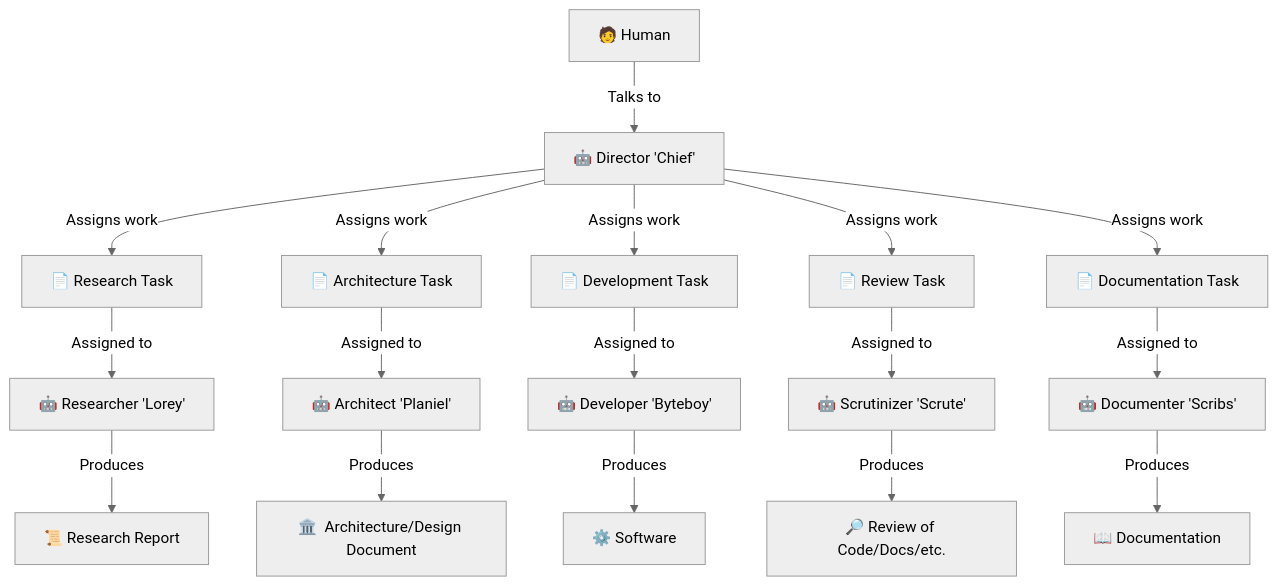
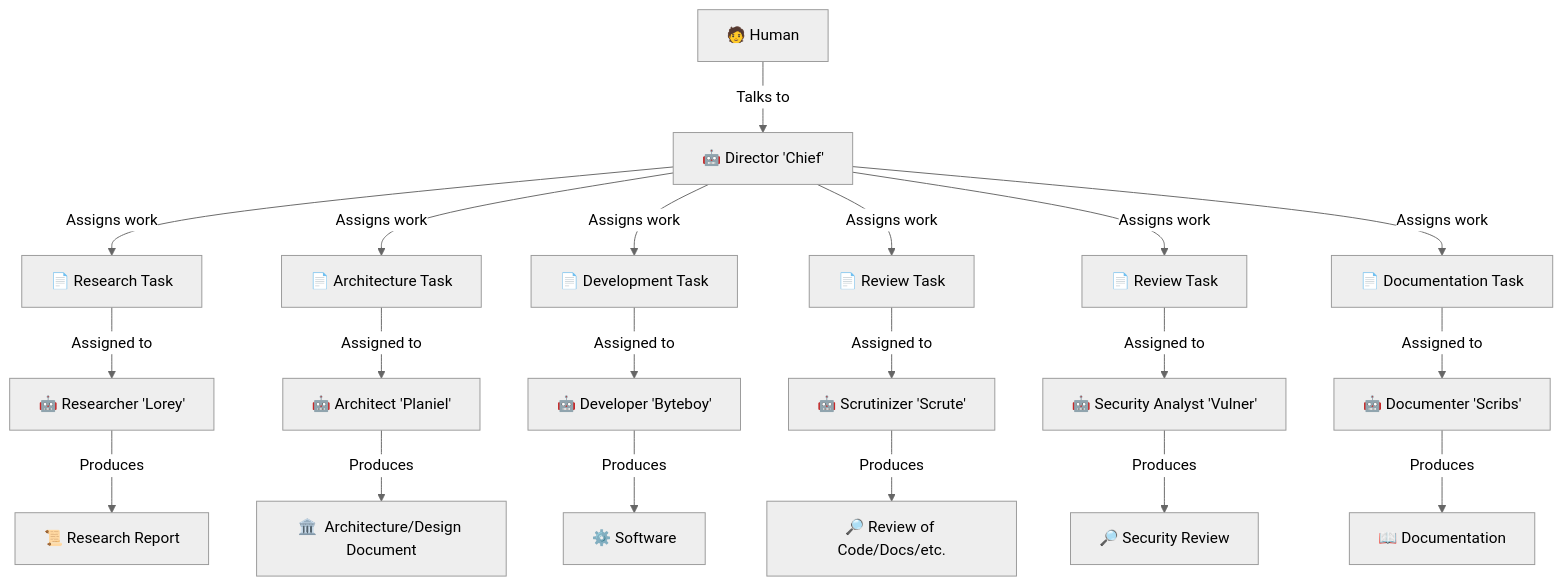
One commit to cwshugg/cobots changed the diagram in README.md. Above: the diagram before and after it, drawn with Mermaid (neutral theme). The commit also changed 1 other file, not shown here.

Commit message:
README and director updates

````diff
--- a/README.md
+++ b/README.md
@@ -21,52 +21,61 @@
 ```mermaid
 flowchart TD
     human["🧑 Human"]
     human --> |Talks to| bot_director
 
     bot_director["🤖 Director 'Chief'"]
     bot_director --> |Assigns work| task_researcher
     bot_director --> |Assigns work| task_architect
     bot_director --> |Assigns work| task_developer
     bot_director --> |Assigns work| task_scrutinizer
+    bot_director --> |Assigns work| task_secanalyst
     bot_director --> |Assigns work| task_documenter
 
     task_researcher["📄 Research Task"]
     task_researcher --> |Assigned to| bot_researcher
 
     bot_researcher["🤖 Researcher 'Lorey'"]
     bot_researcher --> |Produces| output_researcher
 
     output_researcher["📜 Research Report"]
 
     task_architect["📄 Architecture Task"]
     task_architect --> |Assigned to| bot_architect
 
     bot_architect["🤖 Architect 'Planiel'"]
     bot_architect --> |Produces| output_architect
 
     output_architect["🏛️  Architecture/Design Document"]
 
     task_developer["📄 Development Task"]
     task_developer --> |Assigned to| bot_developer
 
     bot_developer["🤖 Developer 'Byteboy'"]
     bot_developer --> |Produces| output_developer
 
     output_developer["⚙️ Software"]
 
     task_scrutinizer["📄 Review Task"]
     task_scrutinizer --> |Assigned to| bot_scrutinizer
 
     bot_scrutinizer["🤖 Scrutinizer 'Scrute'"]
     bot_scrutinizer --> |Produces| output_scrutinizer
 
     output_scrutinizer["🔎 Review of Code/Docs/etc."]
 
+    task_secanalyst["📄 Review Task"]
+    task_secanalyst --> |Assigned to| bot_secanalyst
+
+    bot_secanalyst["🤖 Security Analyst 'Vulner'"]
+    bot_secanalyst --> |Produces| output_secanalyst
+
+    output_secanalyst["🔎 Security Review"]
+
     task_documenter["📄 Documentation Task"]
     task_documenter --> |Assigned to| bot_documenter
 
     bot_documenter["🤖 Documenter 'Scribs'"]
     bot_documenter --> |Produces| output_documenter
 
     output_documenter["📖 Documentation"]
 ```
````
